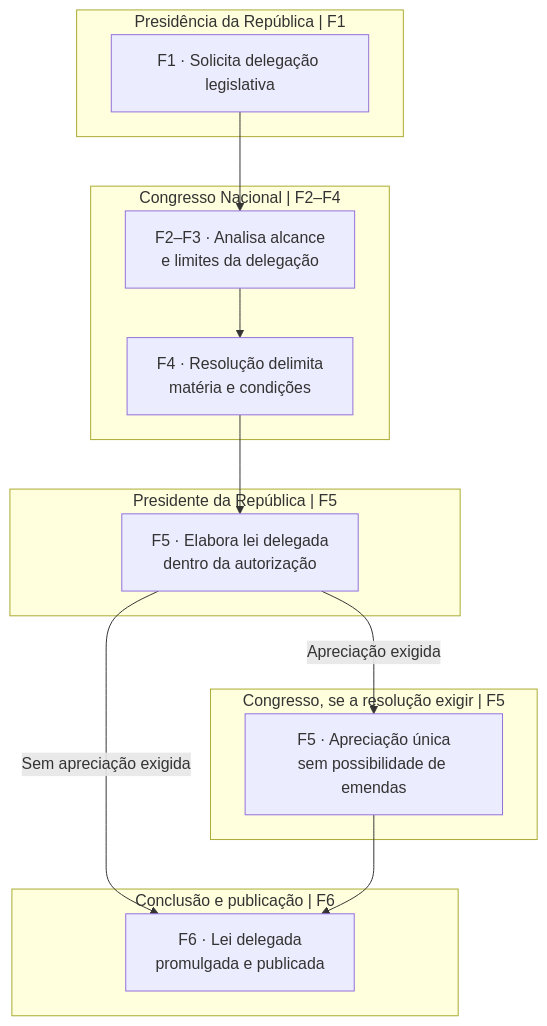
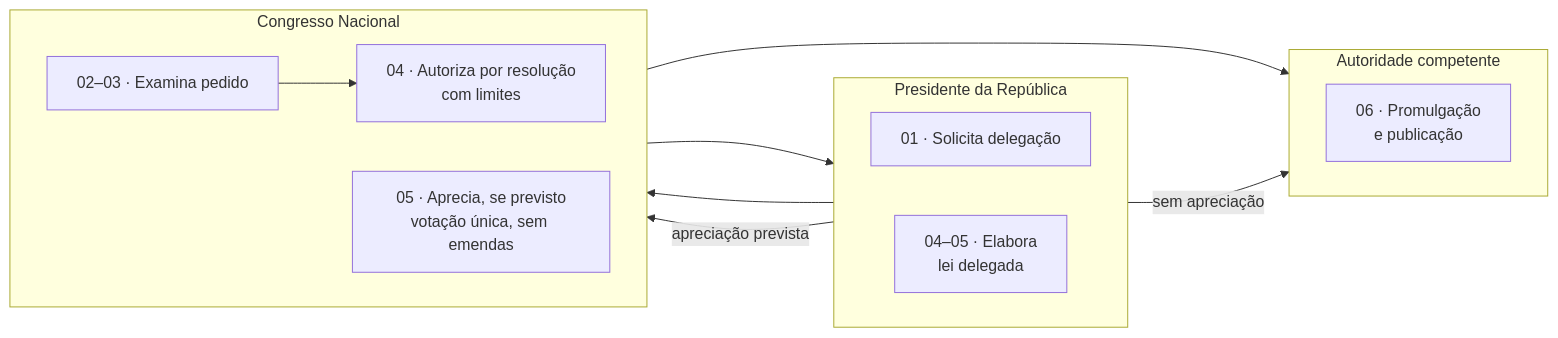
The tenth of 10 diagrams in 3 - Materias/Direito Constitucional/38 - blueprints do processo legislativo por especie normativa.md (leorruas/concursos), drawn with Mermaid before and after one commit. The commit also changed other lines of this file, not shown here.

Commit message:
docs: transformar blueprints por espécie em faixas de atores e fases com links de apoio

````diff
--- a/3 - Materias/Direito Constitucional/38 - blueprints do processo legislativo por especie normativa.md
+++ b/3 - Materias/Direito Constitucional/38 - blueprints do processo legislativo por especie normativa.md
@@ -307,22 +347,21 @@
 ```mermaid
-flowchart TB
- subgraph PRES["Presidência da República | F1"]
- A["F1 · Solicita delegação legislativa"]
- end
- subgraph CN["Congresso Nacional | F2–F4"]
- B["F2–F3 · Analisa alcance<br/>e limites da delegação"]
- C["F4 · Resolução delimita<br/>matéria e condições"]
- end
- subgraph PRES2["Presidente da República | F5"]
- D["F5 · Elabora lei delegada<br/>dentro da autorização"]
- end
- subgraph CN2["Congresso, se a resolução exigir | F5"]
- E["F5 · Apreciação única<br/>sem possibilidade de emendas"]
- end
- subgraph FINAL["Conclusão e publicação | F6"]
- F["F6 · Lei delegada<br/>promulgada e publicada"]
- end
- A --> B --> C --> D
- D -->|Sem apreciação exigida| F
- D -->|Apreciação exigida| E --> F
+flowchart LR
+  subgraph L0["Presidente da República"]
+    direction LR
+    a["01 · Solicita delegação"]
+    d["04–05 · Elabora<br/>lei delegada"]
+  end
+  subgraph L1["Congresso Nacional"]
+    direction LR
+    b["02–03 · Examina pedido"]
+    c["04 · Autoriza por resolução<br/>com limites"]
+    e["05 · Aprecia, se previsto<br/>votação única, sem emendas"]
+  end
+  subgraph L2["Autoridade competente"]
+    direction LR
+    f["06 · Promulgação<br/>e publicação"]
+  end
+  a --> b --> c --> d
+  d -->|apreciação prevista| e --> f
+  d -->|sem apreciação| f
 ```
````
